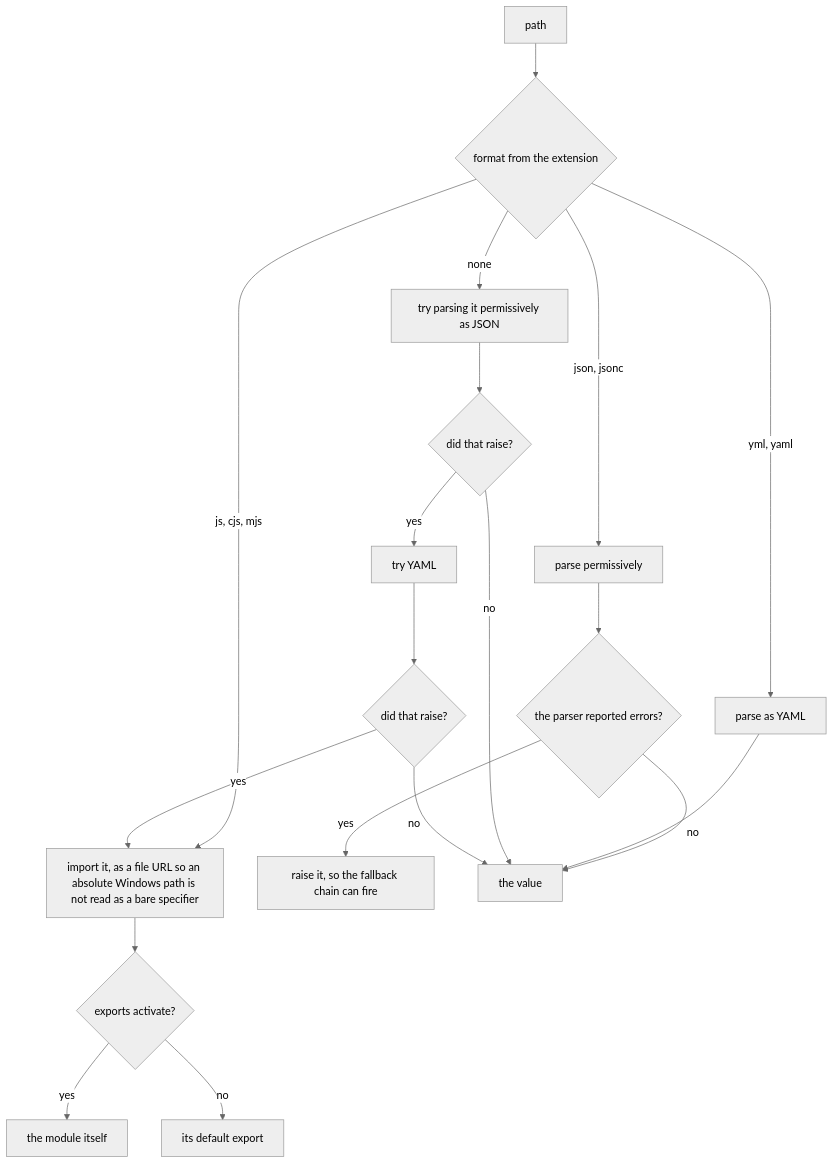
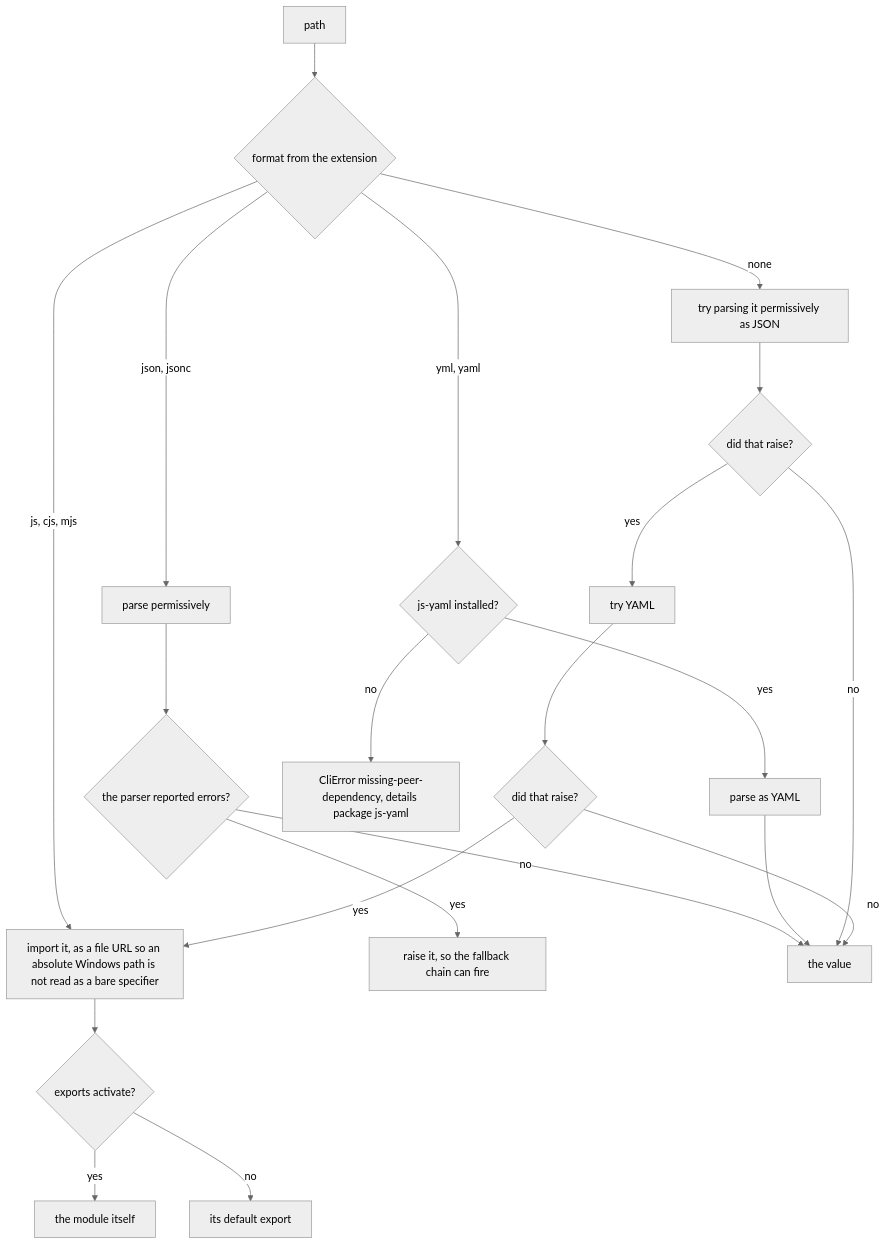
The fourth of 5 diagrams in packages/clibuilder/.agents/spec/configuration/README.md (clibuilder/clibuilder), drawn with Mermaid (neutral theme) before and after one commit. The commit also changed other lines of this file and 80 other files, not shown here.

First line of the commit message:
feat(clibuilder)!: remove zod; t is the only option type, config is any Standard Schema (#684)

````diff
--- a/packages/clibuilder/.agents/spec/configuration/README.md
+++ b/packages/clibuilder/.agents/spec/configuration/README.md
@@ -252,16 +252,18 @@
 ```mermaid
 graph TD
   R[path] --> FMT{format from the extension}
   FMT -- "js, cjs, mjs" --> MOD[import it, as a file URL so an absolute Windows path is not read as a bare specifier] --> ACT{exports activate?}
   ACT -- yes --> WHOLE[the module itself]
   ACT -- no --> DEF[its default export]
   FMT -- "json, jsonc" --> JS[parse permissively] --> ERR{the parser reported errors?}
   ERR -- yes --> THROW[raise it, so the fallback chain can fire]
   ERR -- no --> VAL[the value]
-  FMT -- "yml, yaml" --> YA[parse as YAML] --> VAL
+  FMT -- "yml, yaml" --> LY{"js-yaml installed?"}
+  LY -- yes --> YA[parse as YAML] --> VAL
+  LY -- no --> MPD["CliError missing-peer-dependency, details package js-yaml"]
   FMT -- "none" --> T1[try parsing it permissively as JSON] --> T1Q{did that raise?}
   T1Q -- no --> VAL
   T1Q -- yes --> T2[try YAML] --> T2Q{did that raise?}
   T2Q -- no --> VAL
   T2Q -- yes --> MOD
 ```
````
